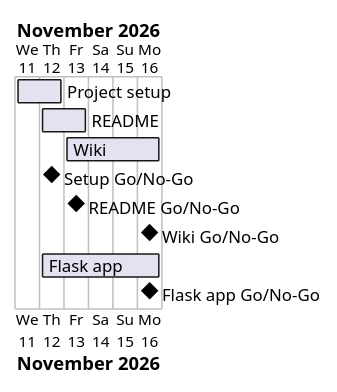
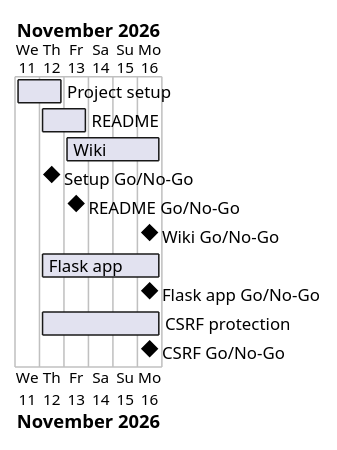
The diagram in docs/project-plan.md (Tirsvad-Udemy-100-days-of-code/068-flask-auth), drawn with PlantUML before and after one commit. The commit also changed other lines of this file and 16 other files, not shown here.

First line of the commit message:
MIL-005: plan and add CSRF protection to the forms

````diff
--- a/docs/project-plan.md
+++ b/docs/project-plan.md
@@ -38,13 +39,15 @@
 ```plantuml
 @startgantt
 Project starts 2026-11-11
 [Project setup] starts 2026-11-11 and ends 2026-11-12
 [README] starts 2026-11-12 and ends 2026-11-13
 [Wiki] starts 2026-11-13 and ends 2026-11-16
 [Setup Go/No-Go] happens 2026-11-12
 [README Go/No-Go] happens 2026-11-13
 [Wiki Go/No-Go] happens 2026-11-16
 [Flask app] starts 2026-11-12 and ends 2026-11-16
 [Flask app Go/No-Go] happens 2026-11-16
+[CSRF protection] starts 2026-11-12 and ends 2026-11-16
+[CSRF Go/No-Go] happens 2026-11-16
 @endgantt
 ```
````
